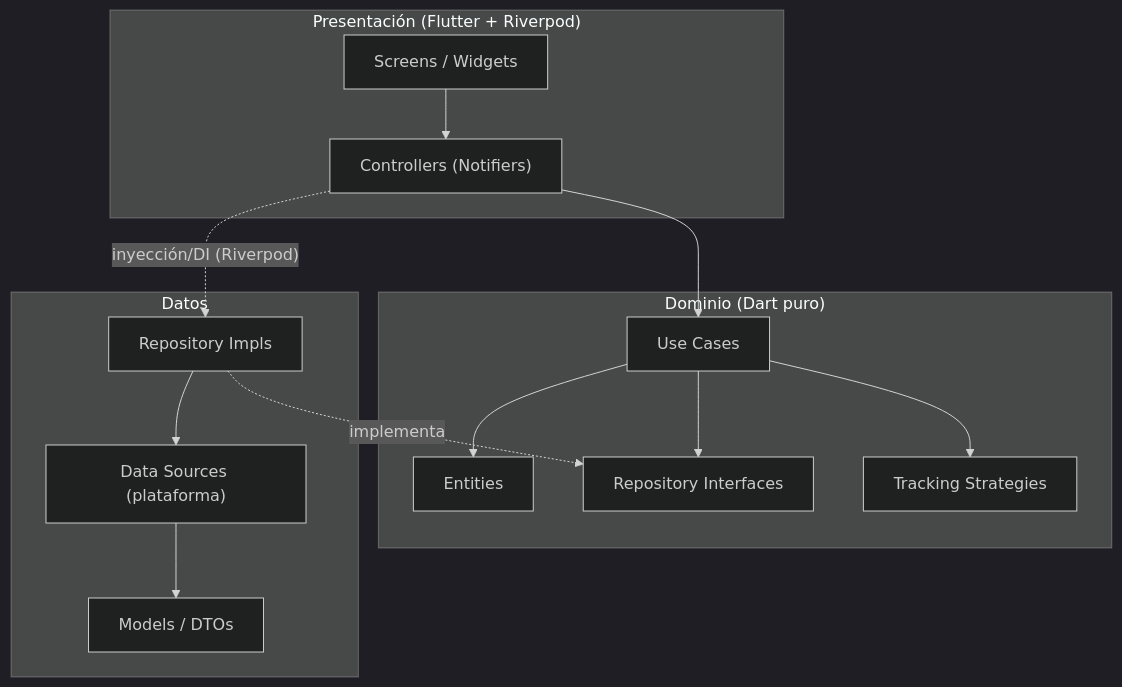
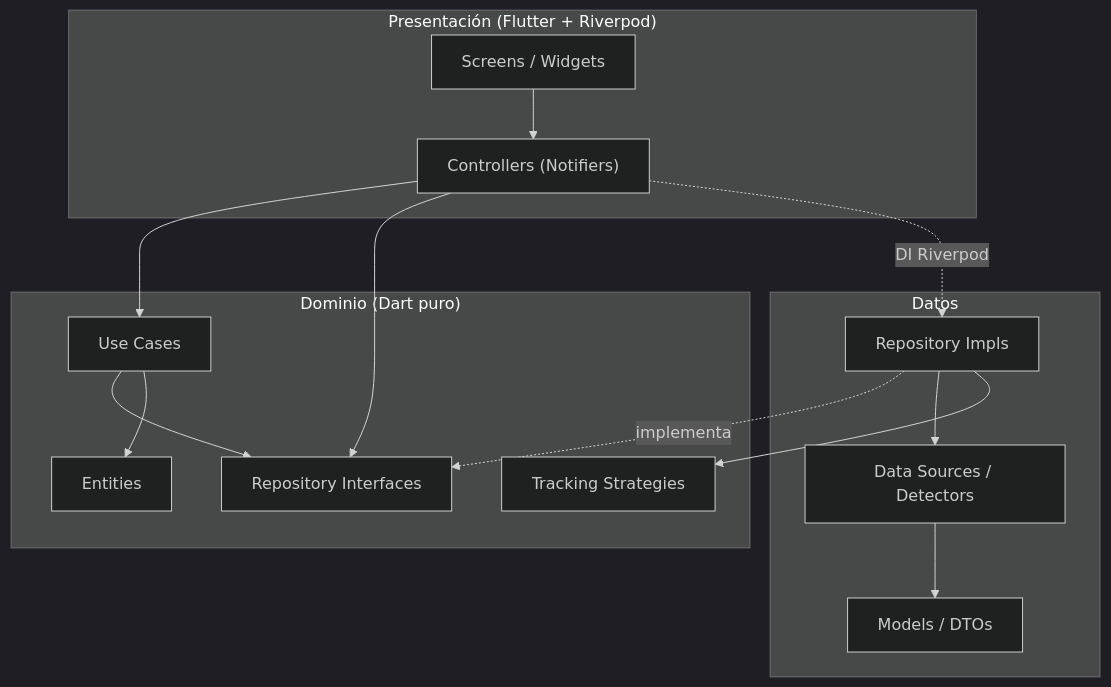
The first of 3 diagrams in docs/ARQUITECTURA.md (andreMD287/ProyectoGrado-Joyeria-AR), drawn with Mermaid (dark theme) before and after one commit. The commit also changed other lines of this file and 2 other files, not shown here.

````diff
--- a/docs/ARQUITECTURA.md
+++ b/docs/ARQUITECTURA.md
@@ -40,27 +44,28 @@
 ```mermaid
 flowchart TB
     subgraph P["Presentación (Flutter + Riverpod)"]
         UI["Screens / Widgets"]
         CT["Controllers (Notifiers)"]
     end
     subgraph D["Dominio (Dart puro)"]
         EN["Entities"]
         UC["Use Cases"]
         RI["Repository Interfaces"]
         STR["Tracking Strategies"]
     end
     subgraph DA["Datos"]
         RImpl["Repository Impls"]
-        DS["Data Sources (plataforma)"]
+        DS["Data Sources / Detectors"]
         MD["Models / DTOs"]
     end
     UI --> CT
     CT --> UC
+    CT --> RI
     UC --> RI
     UC --> EN
-    UC --> STR
     RImpl -. implementa .-> RI
     RImpl --> DS
+    RImpl --> STR
     DS --> MD
-    CT -. inyección/DI (Riverpod) .-> RImpl
+    CT -. DI Riverpod .-> RImpl
 ```
````
